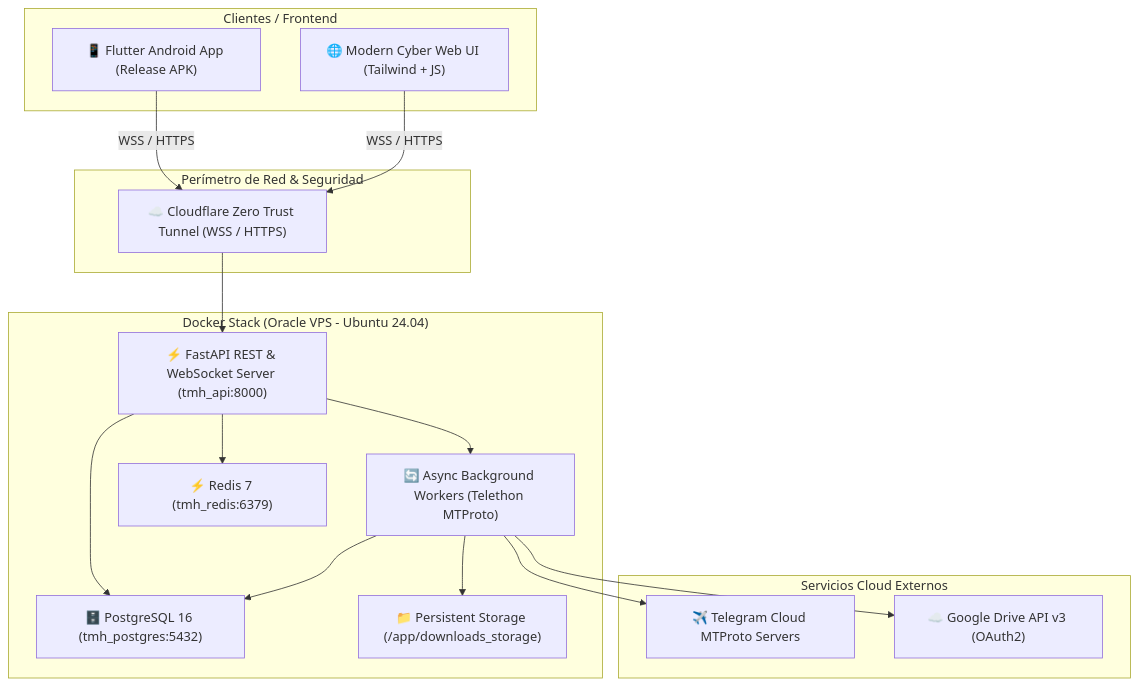
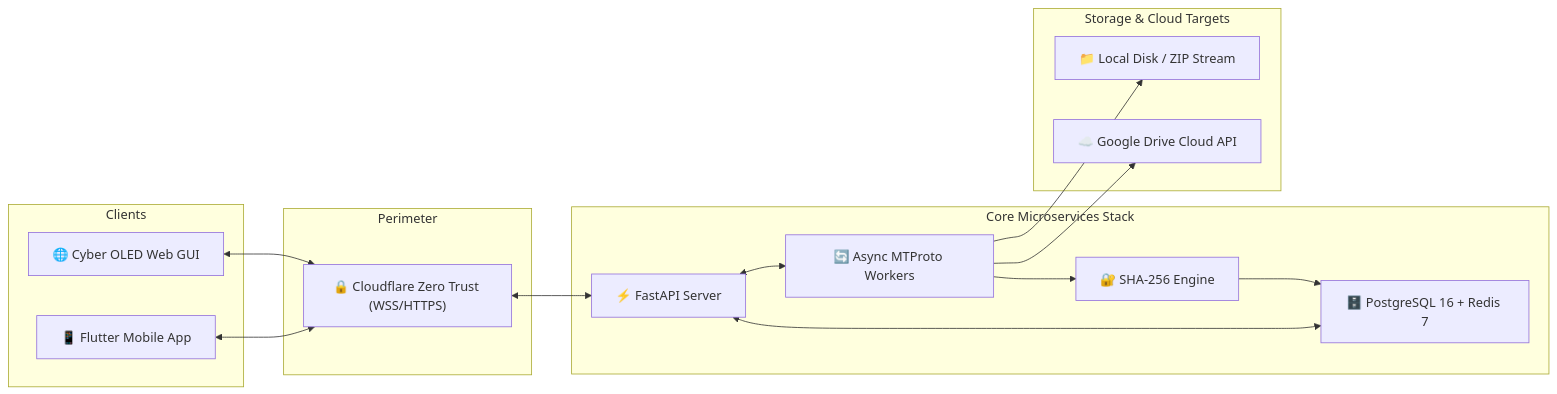
One commit to lukgutierrez/Telegram-Media-Hub-v3.0-Cloud-Mobile changed the first of 3 diagrams in README.md. Above: the diagram before and after it, drawn with Mermaid. The commit also changed other lines of this file and 3 other files, not shown here.

Commit message:
docs(readme): upgrade to Elite Software Engineer 12-layer technical architecture specification

````diff
--- a/README.md
+++ b/README.md
@@ -56,37 +56,26 @@
 ```mermaid
-graph TD
-    subgraph "Clientes / Frontend"
-        MobileApp["📱 Flutter Android App (Release APK)"]
-        WebGUI["🌐 Modern Cyber Web UI (Tailwind + JS)"]
+flowchart LR
+    subgraph "Clients"
+        A["📱 Flutter Mobile App"]
+        B["🌐 Cyber OLED Web GUI"]
+    end
+    subgraph "Perimeter"
+        C["🔒 Cloudflare Zero Trust (WSS/HTTPS)"]
+    end
+    subgraph "Core Microservices Stack"
+        D["⚡ FastAPI Server"]
+        E["🔄 Async MTProto Workers"]
+        F["🔐 SHA-256 Engine"]
+        G["🗄️ PostgreSQL 16 + Redis 7"]
+    end
+    subgraph "Storage & Cloud Targets"
+        H["📁 Local Disk / ZIP Stream"]
+        I["☁️ Google Drive Cloud API"]
     end
 
-    subgraph "Perímetro de Red & Seguridad"
-        CFTunnel["☁️ Cloudflare Zero Trust Tunnel (WSS / HTTPS)"]
-    end
-
-    subgraph "Docker Stack (Oracle VPS - Ubuntu 24.04)"
-        FastAPIServer["⚡ FastAPI REST & WebSocket Server (tmh_api:8000)"]
-        AsyncWorkers["🔄 Async Background Workers (Telethon MTProto)"]
-        PostgresDB["🗄️ PostgreSQL 16 (tmh_postgres:5432)"]
-        RedisCache["⚡ Redis 7 (tmh_redis:6379)"]
-        DiskStorage["📁 Persistent Storage (/app/downloads_storage)"]
-    end
-
-    subgraph "Servicios Cloud Externos"
-        TelegramCloud["✈️ Telegram Cloud MTProto Servers"]
-        GoogleDrive["☁️ Google Drive API v3 (OAuth2)"]
-    end
-
-    MobileApp -->|WSS / HTTPS| CFTunnel
-    WebGUI -->|WSS / HTTPS| CFTunnel
-    CFTunnel --> FastAPIServer
-
-    FastAPIServer --> PostgresDB
-    FastAPIServer --> RedisCache
-    FastAPIServer --> AsyncWorkers
-
-    AsyncWorkers --> TelegramCloud
-    AsyncWorkers --> GoogleDrive
-    AsyncWorkers --> DiskStorage
-    AsyncWorkers --> PostgresDB
+    A & B <--> C <--> D
+    D <--> G
+    D <--> E
+    E --> F --> G
+    E --> H & I
 ```
````
